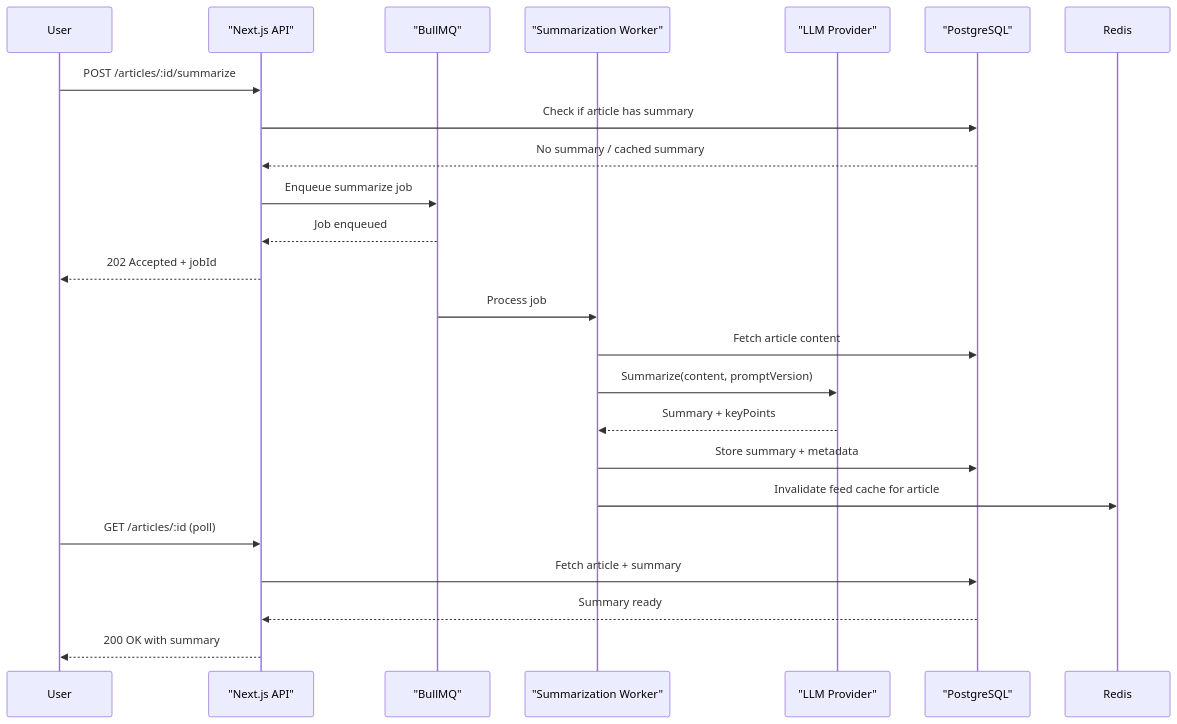
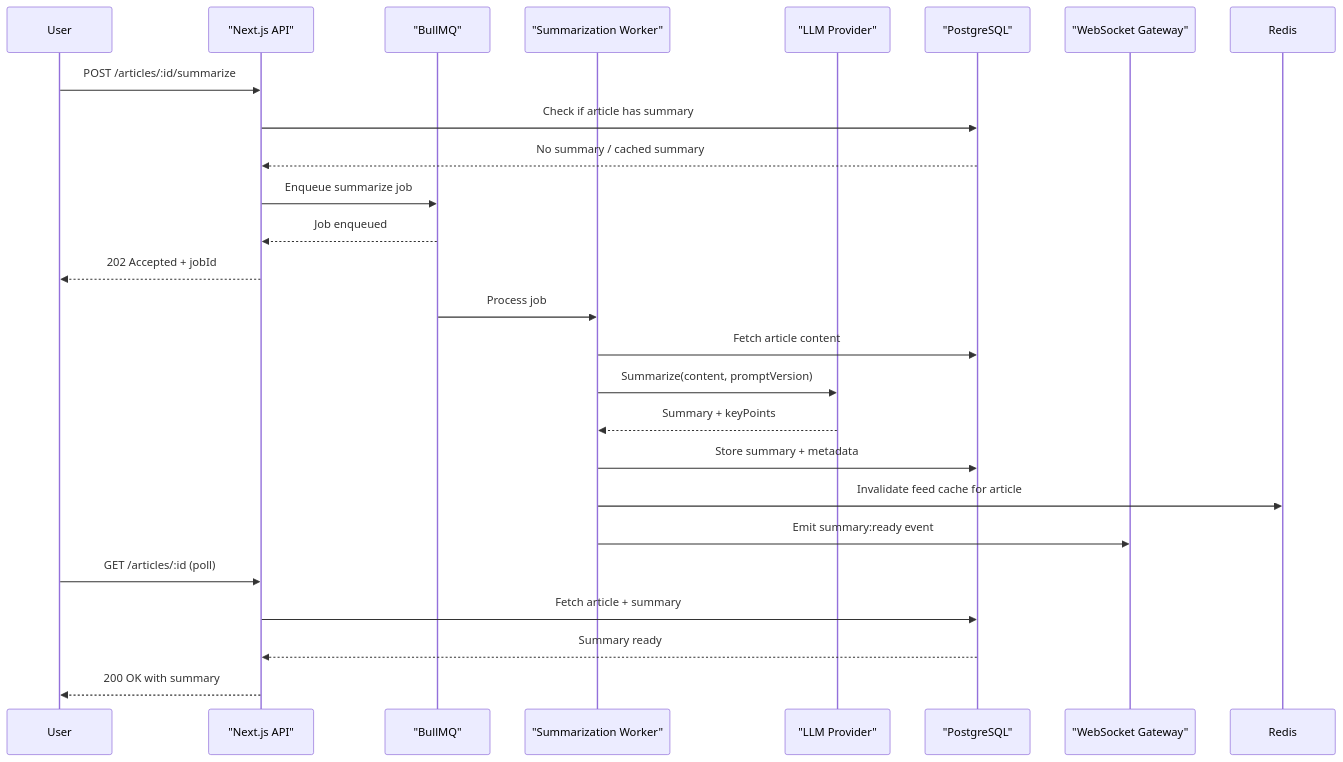
One commit to nordeim/onestopnews changed the fourth of 5 diagrams in Project_Architecture_Document.md. Above: the diagram before and after it, drawn with Mermaid. The commit also changed other lines of this file and 1 other file, not shown here.

````diff
--- a/Project_Architecture_Document.md
+++ b/Project_Architecture_Document.md
@@ -917,27 +1610,30 @@
 ```mermaid
 sequenceDiagram
     participant User
     participant API as "Next.js API"
     participant Queue as "BullMQ"
     participant Worker as "Summarization Worker"
     participant LLM as "LLM Provider"
     participant DB as "PostgreSQL"
+    participant WS as "WebSocket Gateway"
 
     User->>API: POST /articles/:id/summarize
     API->>DB: Check if article has summary
     DB-->>API: No summary / cached summary
     API->>Queue: Enqueue summarize job
     Queue-->>API: Job enqueued
     API-->>User: 202 Accepted + jobId
-    
+
     Queue->>Worker: Process job
     Worker->>DB: Fetch article content
     Worker->>LLM: Summarize(content, promptVersion)
     LLM-->>Worker: Summary + keyPoints
     Worker->>DB: Store summary + metadata
     Worker->>Redis: Invalidate feed cache for article
+    Worker->>WS: Emit summary:ready event
+
     User->>API: GET /articles/:id (poll)
     API->>DB: Fetch article + summary
     DB-->>API: Summary ready
     API-->>User: 200 OK with summary
 ```
````
